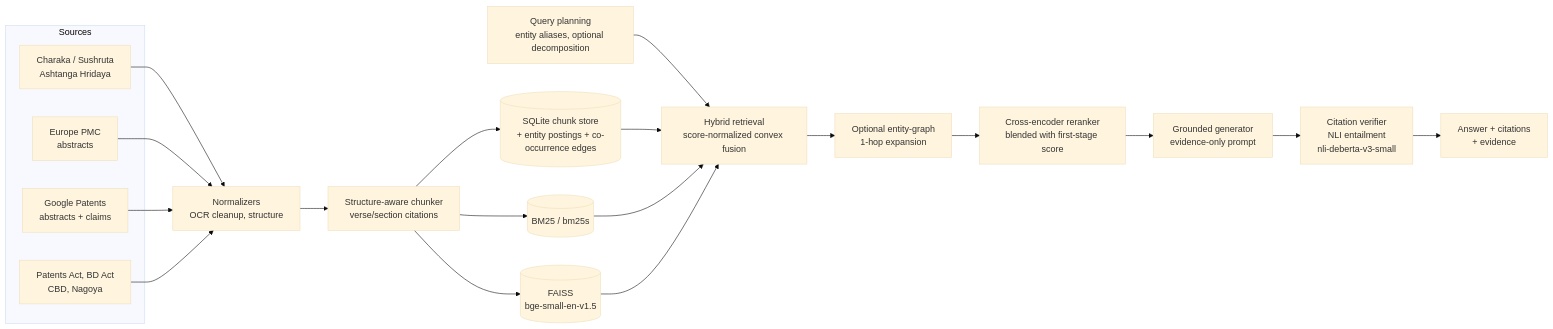
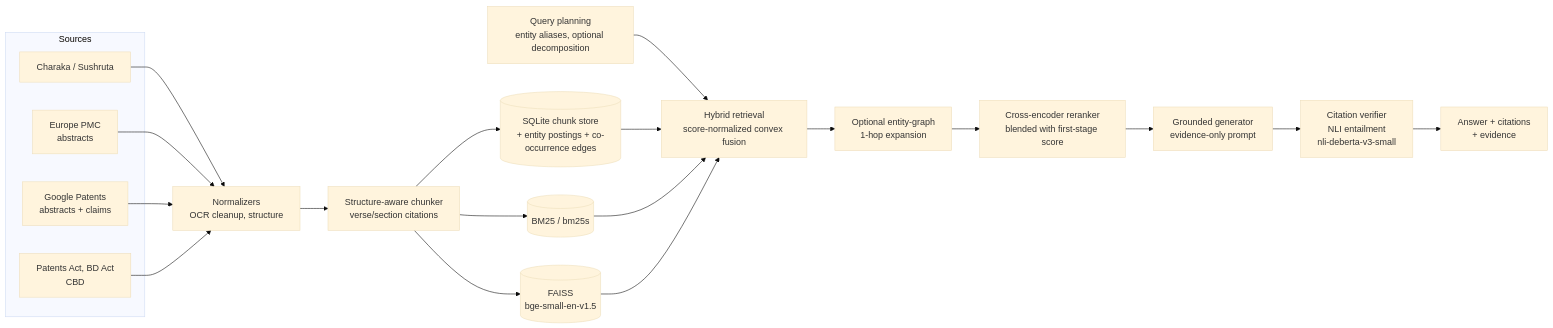
The diagram in README.md (NucLeYA-techi/ayurveda-rag), drawn with Mermaid (base theme) before and after one commit. The commit also changed other lines of this file and 3 other files, not shown here.

````diff
--- a/README.md
+++ b/README.md
@@ -13,21 +13,21 @@
 ```mermaid
 flowchart LR
     subgraph Sources
-        C[Charaka / Sushruta<br/>Ashtanga Hridaya]
+        C[Charaka / Sushruta]
         P[Europe PMC<br/>abstracts]
         T[Google Patents<br/>abstracts + claims]
-        L[Patents Act, BD Act<br/>CBD, Nagoya]
+        L[Patents Act, BD Act<br/>CBD]
     end
     C & P & T & L --> N[Normalizers<br/>OCR cleanup, structure]
     N --> K[Structure-aware chunker<br/>verse/section citations]
     K --> S[(SQLite chunk store<br/>+ entity postings + co-occurrence edges)]
     K --> B[(BM25 / bm25s)]
     K --> D[(FAISS<br/>bge-small-en-v1.5)]
     Q[Query planning<br/>entity aliases, optional decomposition] --> H
     S & B & D --> H[Hybrid retrieval<br/>score-normalized convex fusion]
     H --> E[Optional entity-graph<br/>1-hop expansion]
     E --> R[Cross-encoder reranker<br/>blended with first-stage score]
     R --> G[Grounded generator<br/>evidence-only prompt]
     G --> V[Citation verifier<br/>NLI entailment<br/>nli-deberta-v3-small]
     V --> A[Answer + citations<br/>+ evidence]
 ```
````
